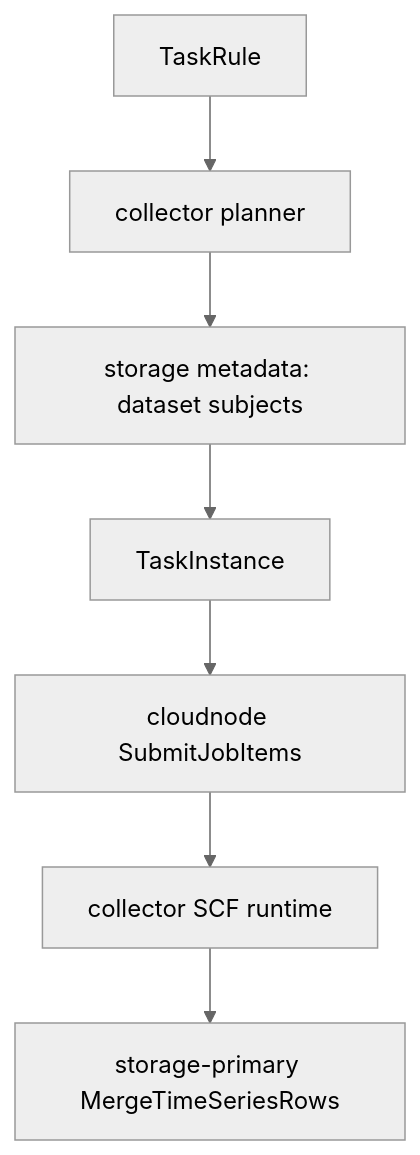
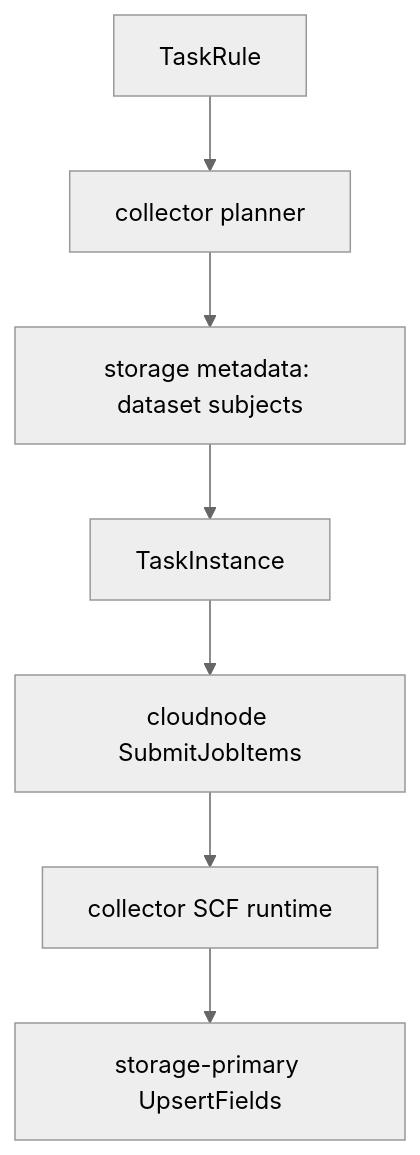
Before and after one commit to mooyang-code/moox: the diagram in docs/采集任务管理.md, drawn with Mermaid (neutral theme). The commit also changed 163 other files, not shown here.

````diff
--- a/docs/采集任务管理.md
+++ b/docs/采集任务管理.md
@@ -61,9 +61,9 @@
 ```mermaid
 flowchart TD
   Rule["TaskRule"] --> Planner["collector planner"]
   Planner --> Metadata["storage metadata: dataset subjects"]
   Metadata --> Instance["TaskInstance"]
   Instance --> CloudNode["cloudnode SubmitJobItems"]
   CloudNode --> SCF["collector SCF runtime"]
-  SCF --> Storage["storage-primary MergeTimeSeriesRows"]
+  SCF --> Storage["storage-primary UpsertFields"]
 ```
````
